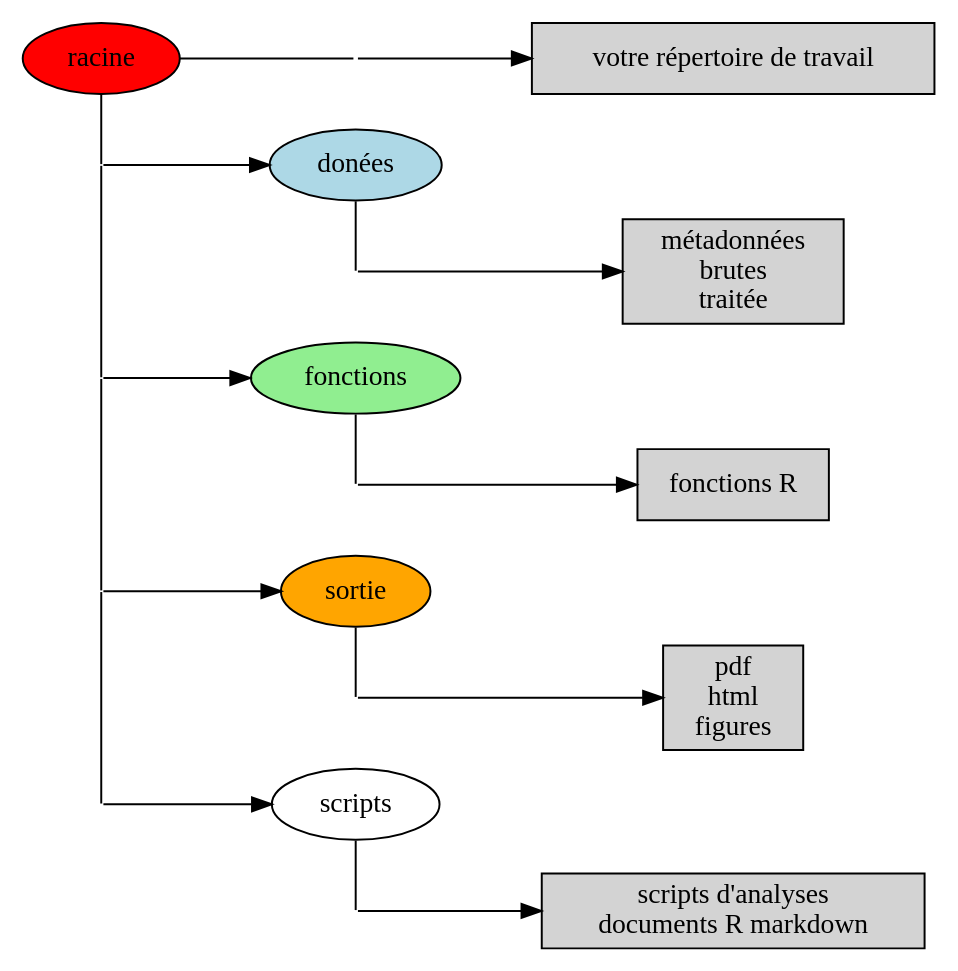
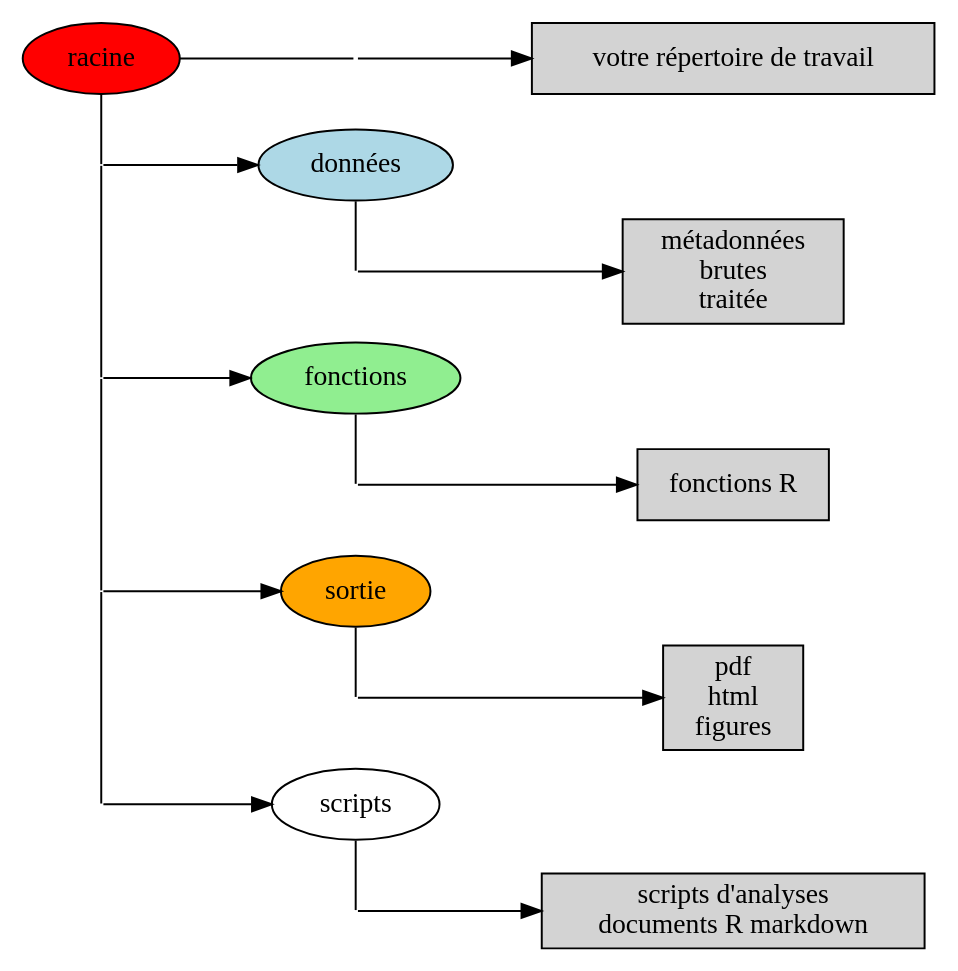
One commit to Biostats-uOttawa/enfR changed the diagram in 01-debut.qmd. Above: the diagram before and after it, drawn with Graphviz.

Commit message:
typo figure

````diff
--- a/01-debut.qmd
+++ b/01-debut.qmd
@@ -387,74 +387,74 @@
 ```{dot}
 //| label: fig-dir-struc
 //| fig-cap: "Structure de répertoire recommandée pour des analyses sur R"
 //| fig-align: center
 
 digraph {
   rankdir=LR
   ranksep=0.5
   nodesep=0.5
   node [
     style = filled
     shape=oval
   ]
   root [label =  "racine", fillcolor="red"]
-  data [label =  "donées", fillcolor="lightblue"]
+  data [label =  "données", fillcolor="lightblue"]
   functions [label =  "fonctions", fillcolor="lightgreen"]
   outputs [label =  "sortie", fillcolor="orange"]
   scripts [label =  "scripts", fillcolor="white"]
 
   wd [label= "votre répertoire de travail", shape = rect]
   LOT1 [label= "métadonnées\n brutes\n traitée", shape = rect]
   LOT2 [label= "fonctions R", shape = rect]
   LOT4 [label= "scripts d'analyses\n documents R markdown", shape = rect]
   LOT3 [label = "pdf\n html\n figures", shape=rect]
 
   dot01 [shape=point width=0]
   root -> dot01 [arrowhead=none]
   dot01 -> wd [weight=20]
 
   {
     rank=same
     root
     dot1 [shape=point width=0]
     dot2 [shape=point width=0]
     dot3 [shape=point width=0]
     dot4 [shape=point width=0]
     root -> dot1 -> dot2 -> dot3 -> dot4 [arrowhead=none]
   }
 
   dot1 -> data [weight=20]
   {
     rank=same
     data
     dot21  [shape=point width=0]
     data -> dot21 [arrowhead=none]
   }
   dot21 -> LOT1 [weight=20]
   dot2 -> functions
   {
     rank=same
     functions
     dot22  [shape=point width=0]
     functions -> dot22 [arrowhead=none]
   }
   dot22 -> LOT2 [weight=20]
   dot3 -> outputs [weight=20]
   {
     rank=same
     outputs
     dot23 [shape=point width=0]
     outputs -> dot23 [arrowhead=none]
   }
   dot23 -> LOT3 [weight=20]
   
   dot4 -> scripts [weight=20]
   {
     rank=same
     scripts
     dot24 [shape=point width=0]
     scripts -> dot24 [arrowhead=none]
   }
   dot24 -> LOT4 [weight=20]
 }
 ```
````
